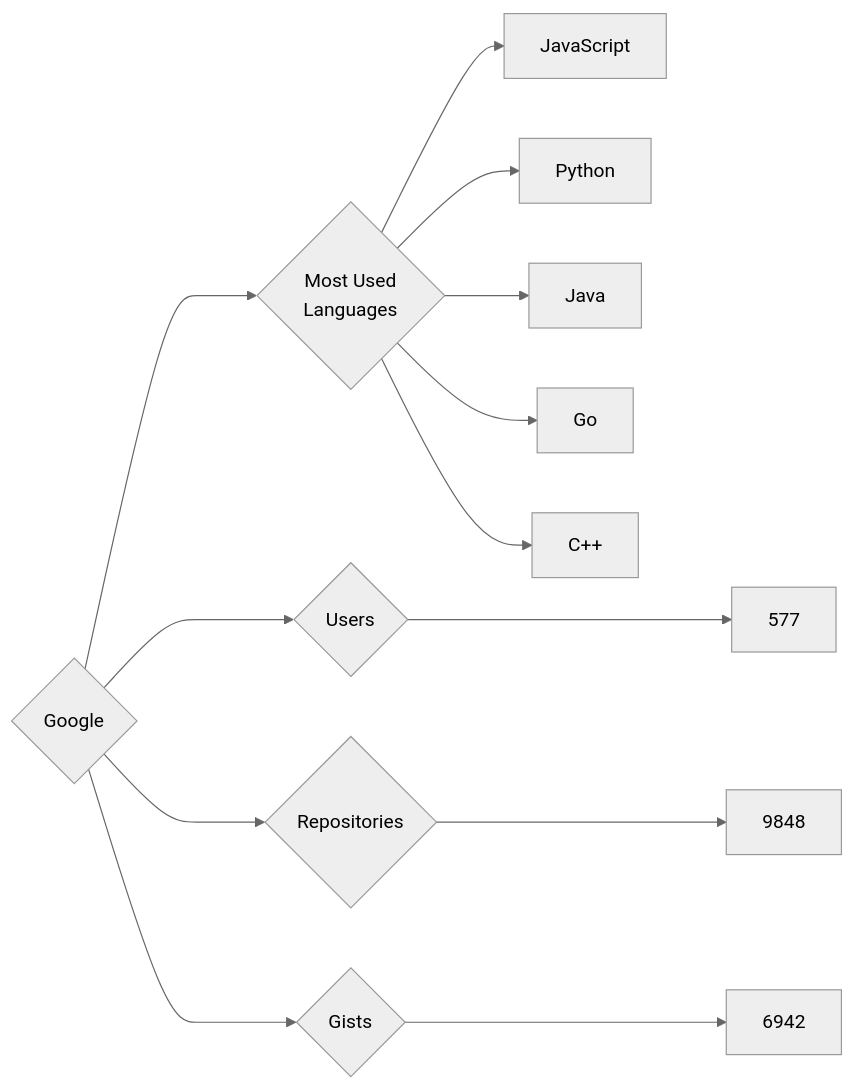
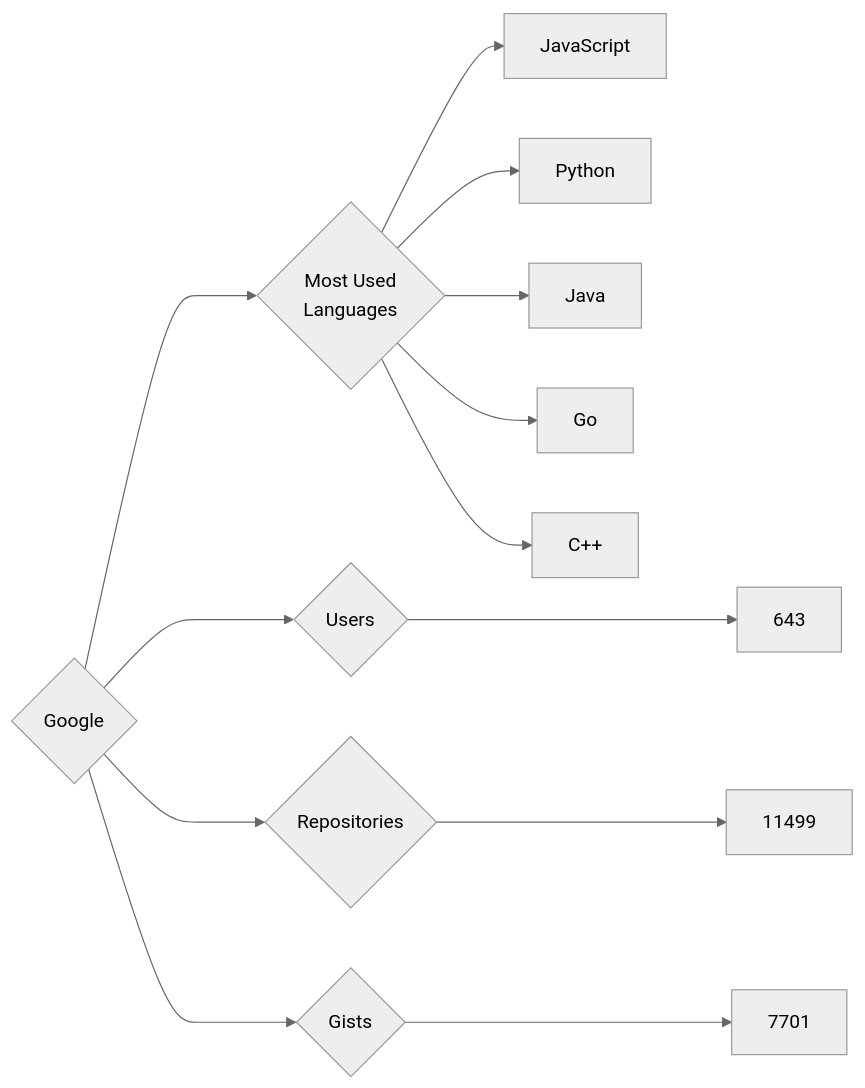
One commit to trickest/insiders changed the diagram in targets/Google/README.md. Above: the diagram before and after it, drawn with Mermaid (neutral theme). The commit also changed 644 other files, not shown here.

````diff
--- a/targets/Google/README.md
+++ b/targets/Google/README.md
@@ -3,13 +3,13 @@
 ```mermaid
 graph LR
 COMPANY_NAME{Google}
-COMPANY_NAME ---> U{Users} ---> UN[577]
-COMPANY_NAME ---> R{Repositories} ---> RN[9848]
-COMPANY_NAME ---> G{Gists} ---> GN[6942]
+COMPANY_NAME ---> U{Users} ---> UN[643]
+COMPANY_NAME ---> R{Repositories} ---> RN[11499]
+COMPANY_NAME ---> G{Gists} ---> GN[7701]
 COMPANY_NAME ---> ML{Most Used<br>Languages}
 ML --> JavaScript[JavaScript]
 ML --> Python[Python]
 ML --> Java[Java]
 ML --> Go[Go]
 ML --> C++[C++]
 ```
````
